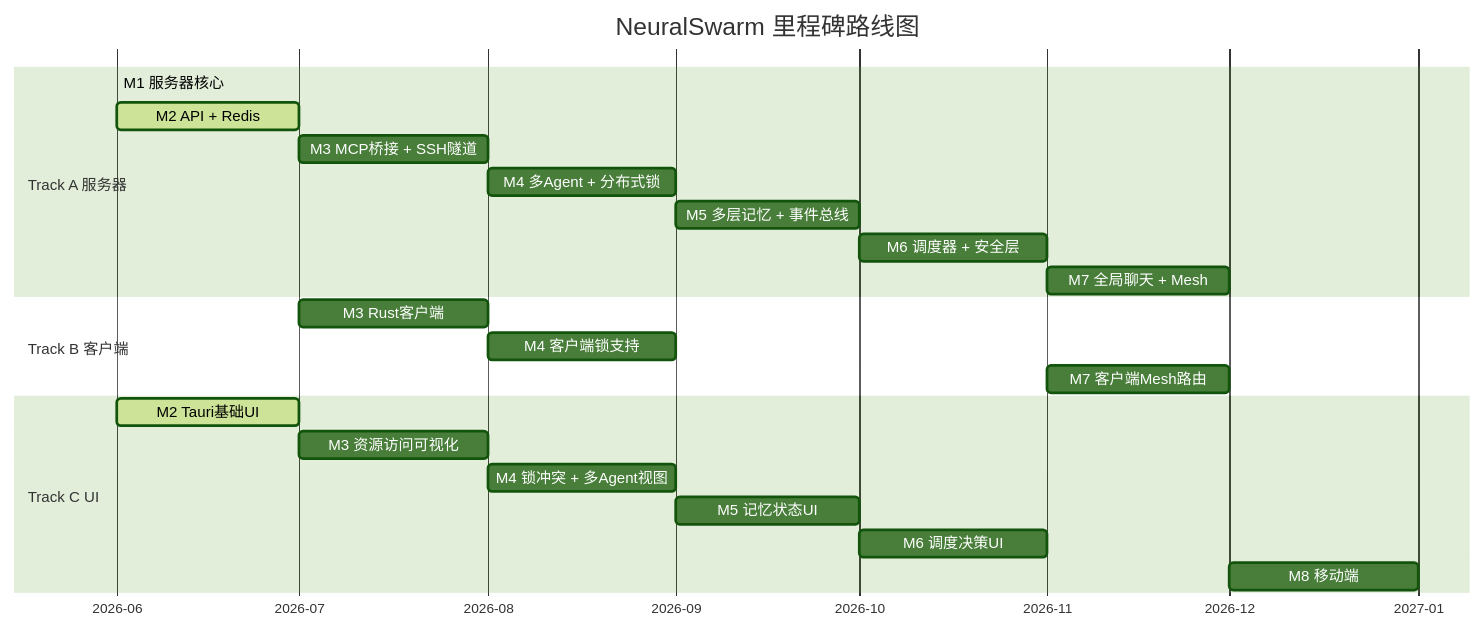
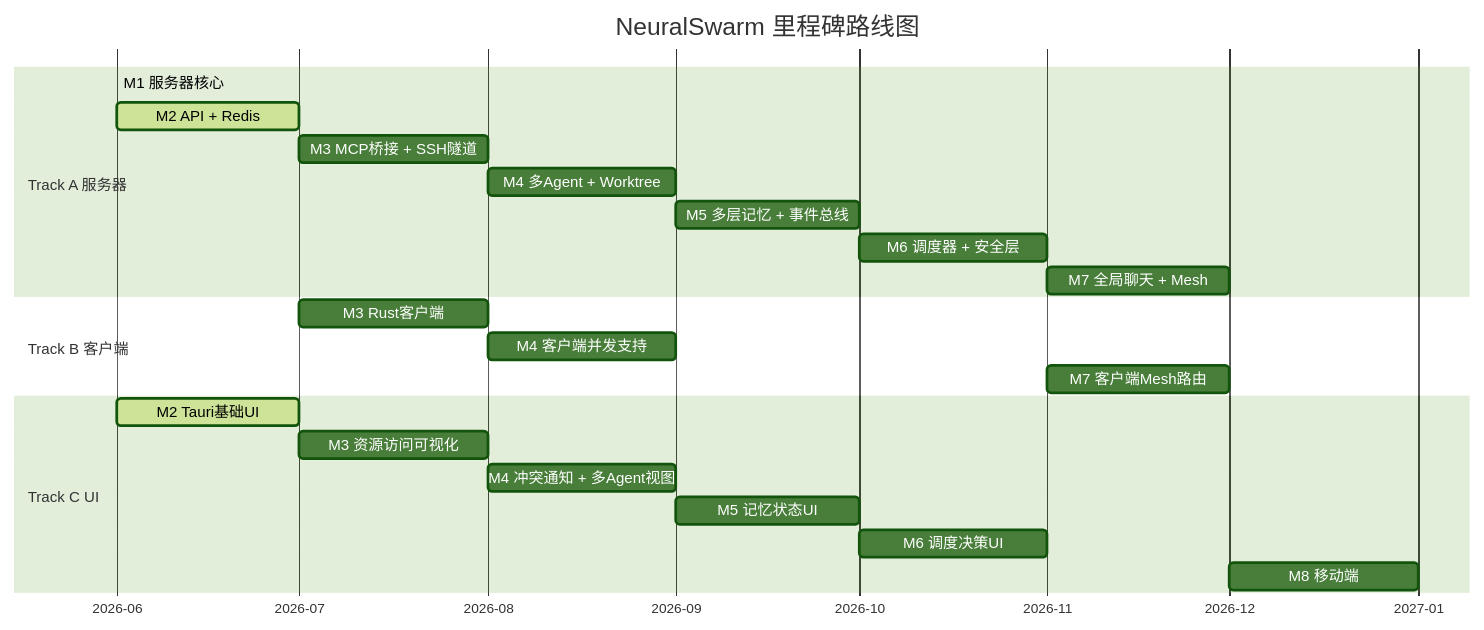
One commit to ChenXu233/neuralswarm-code changed the diagram in docs/验收标准/index.md. Above: the diagram before and after it, drawn with Mermaid (forest theme). The commit also changed other lines of this file and 7 other files, not shown here.

````diff
--- a/docs/验收标准/index.md
+++ b/docs/验收标准/index.md
@@ -25,28 +25,28 @@
 ```mermaid
 gantt
     title NeuralSwarm 里程碑路线图
     dateFormat  YYYY-MM
     axisFormat  %Y-%m
 
     section Track A 服务器
     M1 服务器核心           :done, m1a, 2026-06, 2026-06
     M2 API + Redis          :active, m2a, 2026-06, 2026-07
     M3 MCP桥接 + SSH隧道    :m3a, 2026-07, 2026-08
-    M4 多Agent + 分布式锁   :m4a, 2026-08, 2026-09
+    M4 多Agent + Worktree    :m4a, 2026-08, 2026-09
     M5 多层记忆 + 事件总线  :m5a, 2026-09, 2026-10
     M6 调度器 + 安全层      :m6a, 2026-10, 2026-11
     M7 全局聊天 + Mesh      :m7a, 2026-11, 2026-12
 
     section Track B 客户端
     M3 Rust客户端           :m3b, 2026-07, 2026-08
-    M4 客户端锁支持         :m4b, 2026-08, 2026-09
+    M4 客户端并发支持       :m4b, 2026-08, 2026-09
     M7 客户端Mesh路由       :m7b, 2026-11, 2026-12
 
     section Track C UI
     M2 Tauri基础UI          :active, m2c, 2026-06, 2026-07
     M3 资源访问可视化       :m3c, 2026-07, 2026-08
-    M4 锁冲突 + 多Agent视图 :m4c, 2026-08, 2026-09
+    M4 冲突通知 + 多Agent视图 :m4c, 2026-08, 2026-09
     M5 记忆状态UI           :m5c, 2026-09, 2026-10
     M6 调度决策UI           :m6c, 2026-10, 2026-11
     M8 移动端               :m8c, 2026-12, 2027-01
 ```
````
